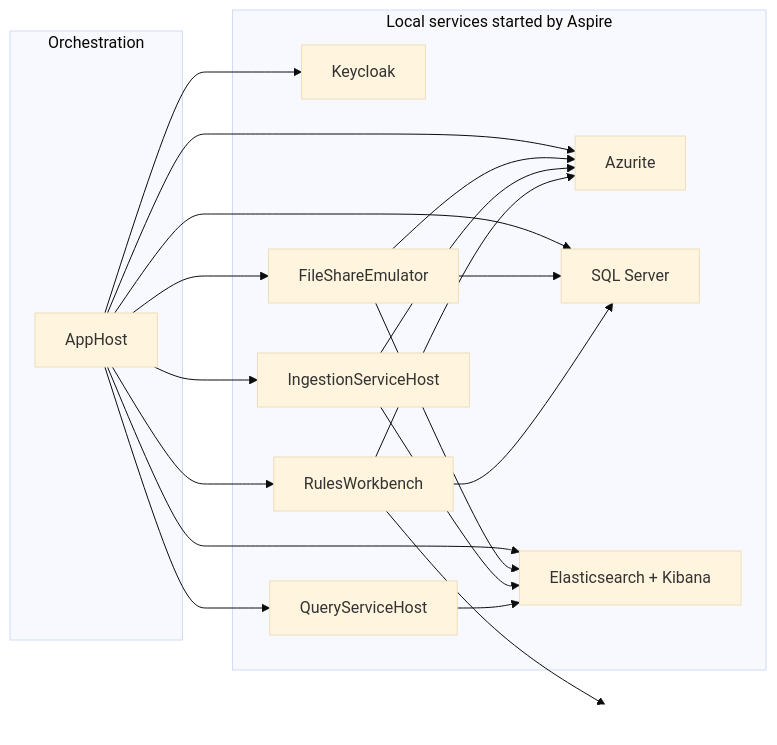
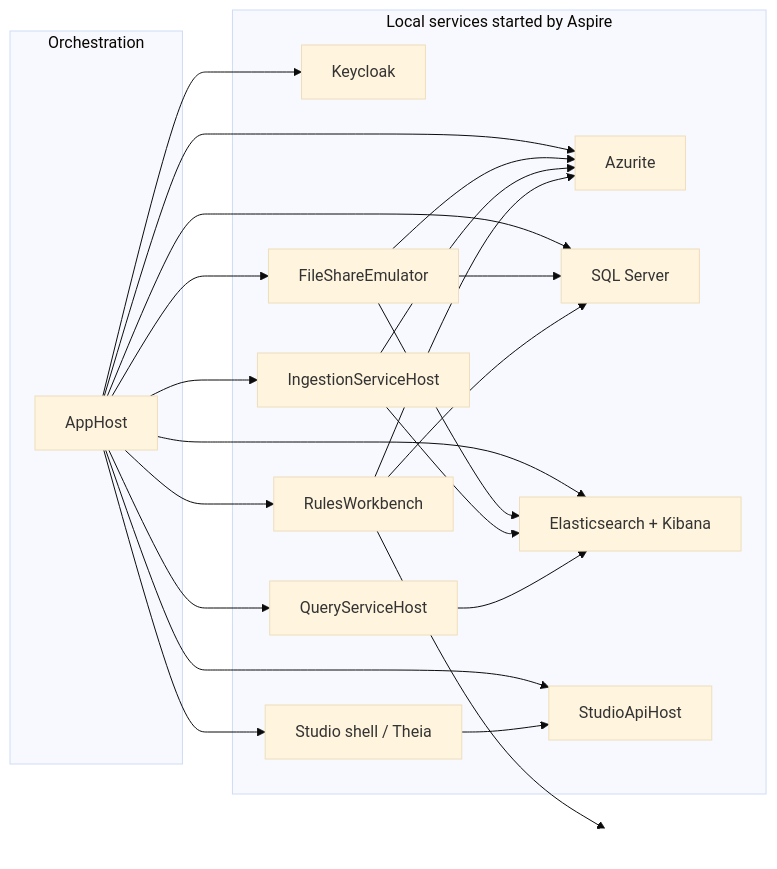
Before and after one commit to UKHO/UKHO.Search: the second of 2 diagrams in wiki/Solution-Architecture.md, drawn with Mermaid (base theme). The commit also changed other lines of this file and 6 other files, not shown here.

````diff
--- a/wiki/Solution-Architecture.md
+++ b/wiki/Solution-Architecture.md
@@ -149,39 +160,44 @@
 ```mermaid
 flowchart LR
     subgraph Orchestration
         AH[AppHost]
     end
 
     subgraph LocalServices[Local services started by Aspire]
         AZ[Azurite]
         SQL[SQL Server]
         ES[Elasticsearch + Kibana]
         KC[Keycloak]
         ING[IngestionServiceHost]
         QRY[QueryServiceHost]
+        STAPI[StudioApiHost]
+        STSHELL[Studio shell / Theia]
         FSE[FileShareEmulator]
         RWB[RulesWorkbench]
     end
 
     AH --> AZ
     AH --> SQL
     AH --> ES
     AH --> KC
     AH --> ING
     AH --> QRY
+    AH --> STAPI
+    AH --> STSHELL
     AH --> FSE
     AH --> RWB
 
     FSE --> SQL
     FSE --> AZ
     FSE --> ES
     ING --> AZ
     ING --> ES
     QRY --> ES
+    STSHELL --> STAPI
     RWB --> SQL
     RWB --> AZ
     RWB --> PAD[ ]
 
     classDef hidden fill:#ffffff,stroke:#ffffff,color:#ffffff;
     class PAD hidden;
 ```
````
